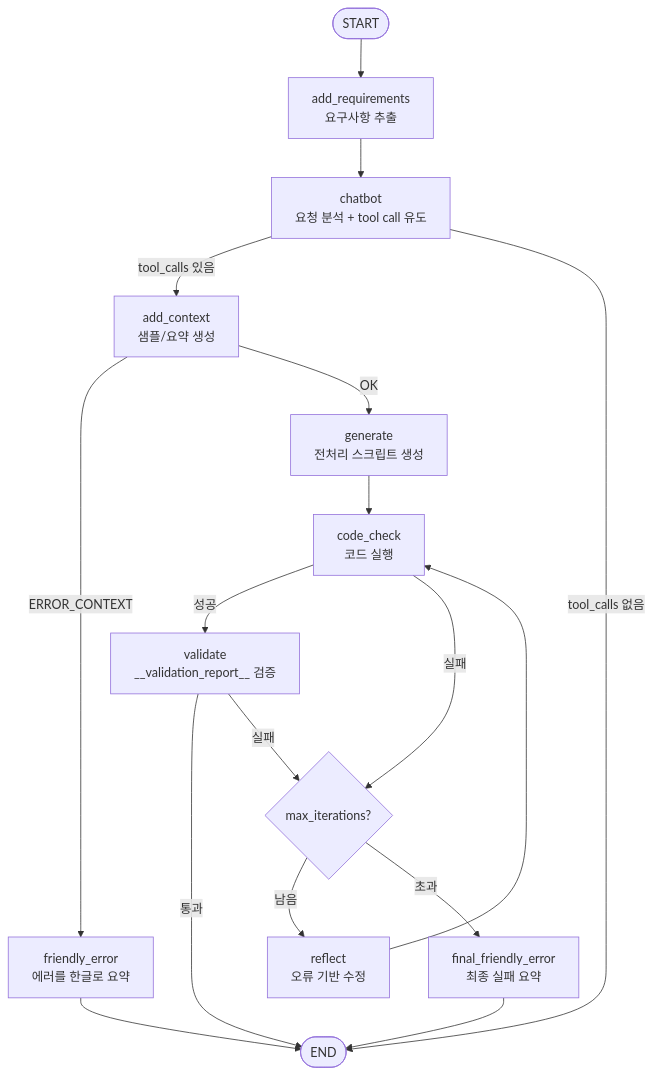
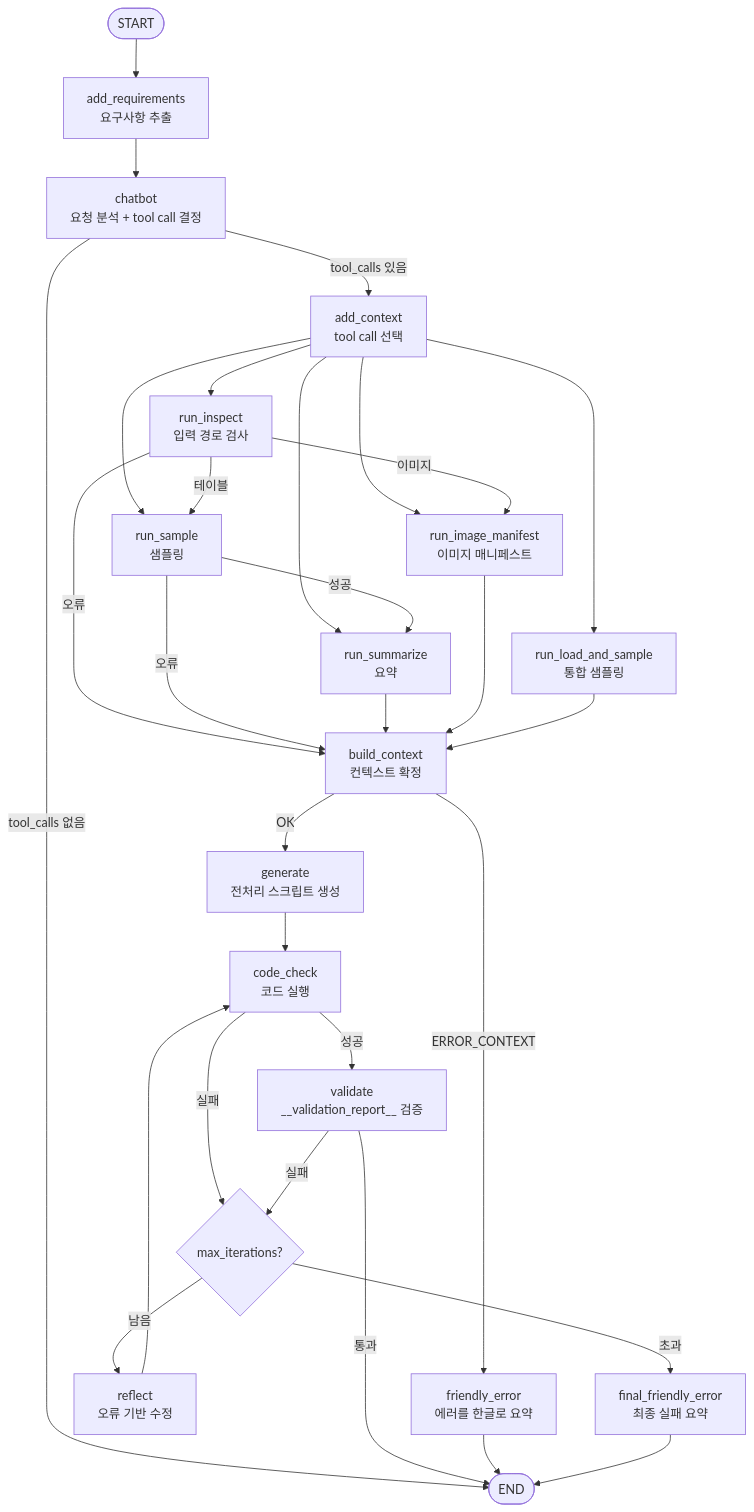
One commit to sonsukwoo/Data_preprocessing_auto changed the second of 2 diagrams in README.md. Above: the diagram before and after it, drawn with Mermaid. The commit also changed other lines of this file and 3 other files, not shown here.

````diff
--- a/README.md
+++ b/README.md
@@ -116,25 +116,42 @@
 ```mermaid
 flowchart TD
   START([START]) --> R[add_requirements<br/>요구사항 추출]
-  R --> C[chatbot<br/>요청 분석 + tool call 유도]
+  R --> C[chatbot<br/>요청 분석 + tool call 결정]
 
-  C -->|tool_calls 있음| X[add_context<br/>샘플/요약 생성]
+  C -->|tool_calls 있음| X[add_context<br/>tool call 선택]
   C -->|tool_calls 없음| END([END])
 
-  X -->|ERROR_CONTEXT| FE[friendly_error<br/>에러를 한글로 요약]
-  X -->|OK| G[generate<br/>전처리 스크립트 생성]
+  X --> I[run_inspect<br/>입력 경로 검사]
+  X --> S[run_sample<br/>샘플링]
+  X --> M[run_summarize<br/>요약]
+  X --> IMG[run_image_manifest<br/>이미지 매니페스트]
+  X --> LAS[run_load_and_sample<br/>통합 샘플링]
+
+  I -->|이미지| IMG
+  I -->|테이블| S
+  I -->|오류| B[build_context<br/>컨텍스트 확정]
+
+  S -->|성공| M
+  S -->|오류| B
+
+  M --> B
+  IMG --> B
+  LAS --> B
+
+  B -->|ERROR_CONTEXT| FE[friendly_error<br/>에러를 한글로 요약]
+  B -->|OK| G[generate<br/>전처리 스크립트 생성]
 
   G --> E[code_check<br/>코드 실행]
   E -->|성공| V[validate<br/>__validation_report__ 검증]
   E -->|실패| D{max_iterations?}
 
   V -->|통과| END
   V -->|실패| D
 
   D -->|남음| RF[reflect<br/>오류 기반 수정]
   D -->|초과| FFE[final_friendly_error<br/>최종 실패 요약]
 
   RF --> E
   FE --> END
   FFE --> END
 ```
````
